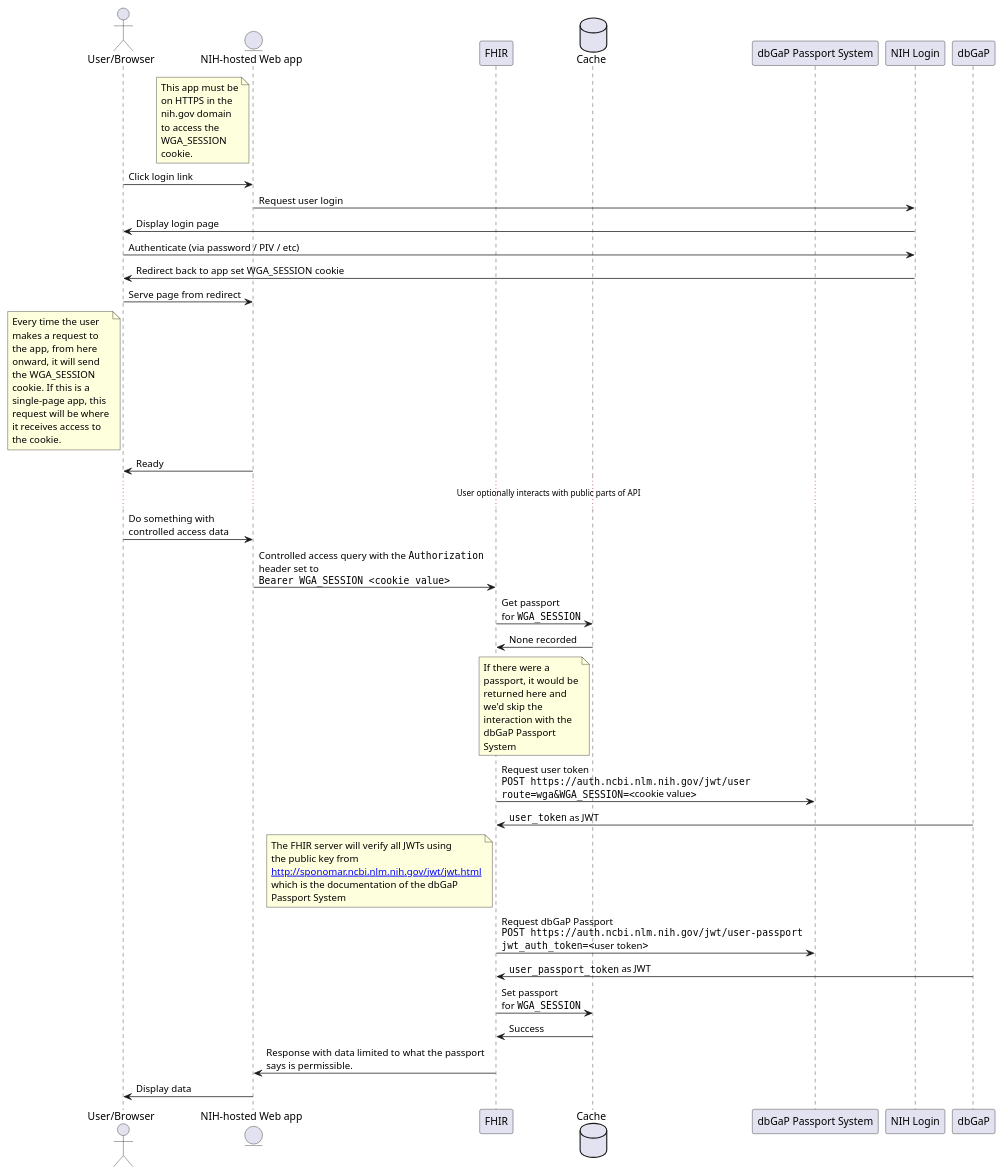
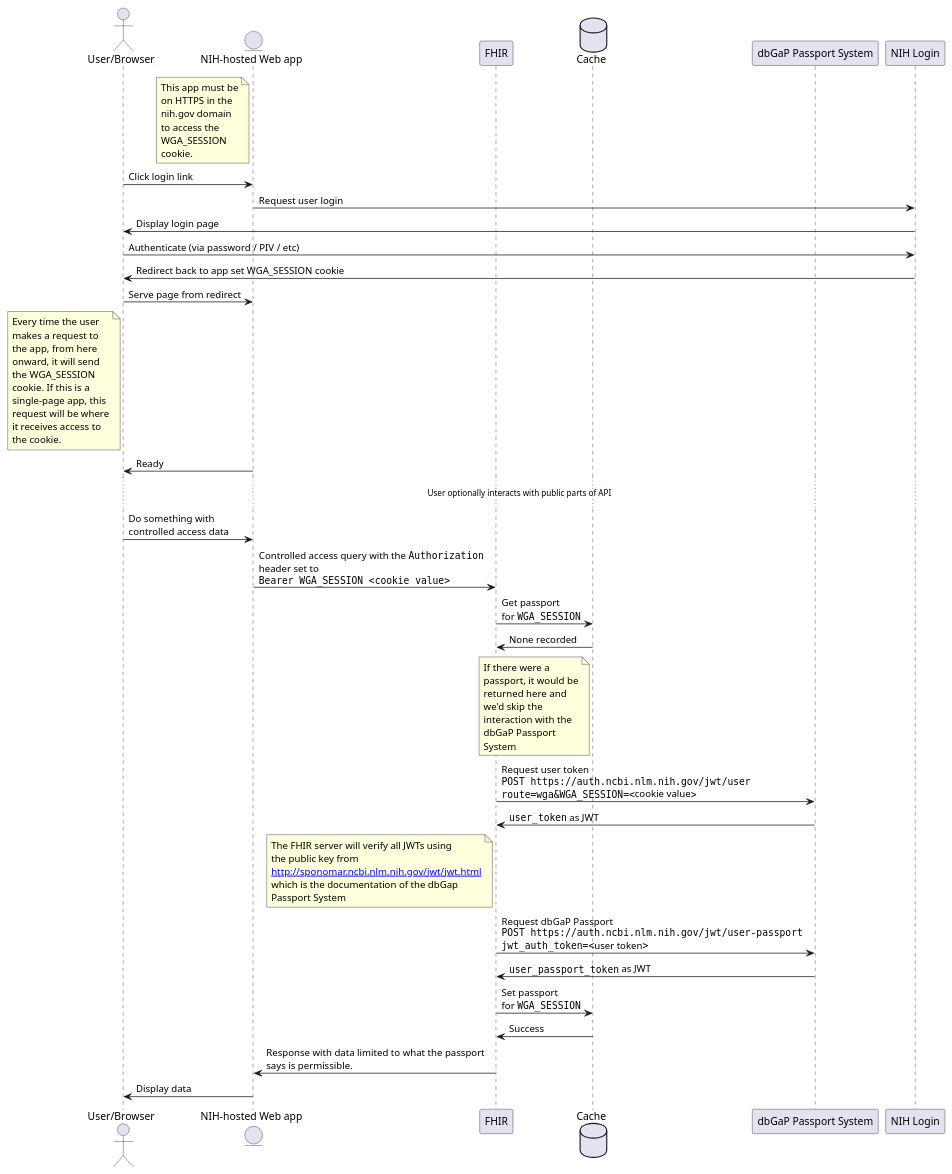
Before and after one commit to RadixSeven/RAS-FHIR-Flow: the diagram in uml/wga_session_flow.plantuml, drawn with PlantUML.

Commit message:
Fix typo dbGaP -> dbGap

```diff
--- a/uml/wga_session_flow.plantuml
+++ b/uml/wga_session_flow.plantuml
@@ -1,74 +1,74 @@
 @startuml "wga_session_flow"
 ''''''''''''''''''
 'This is a proposed interim flow to use while we wait for full authorization solutions to come online
 '
 'It uses authentication to do authorization but is limited to users in the nih domain, so it should be OK as a
 'temporary measure.
 ''''''''''''''''''
 actor "User/Browser" as User
 entity "NIH-hosted Web app" as App
 participant "FHIR" as Fhir
 database "Cache" as Cache
 participant "dbGaP Passport System" as dbGap
 participant "NIH Login" as NihLogin
 
 note left of App
 This app must be
 on HTTPS in the
 nih.gov domain
 to access the
 WGA_SESSION
 cookie.
 end note
 
 User -> App : Click login link
 App -> NihLogin : Request user login
 NihLogin -> User: Display login page
 User -> NihLogin: Authenticate (via password / PIV / etc)
 NihLogin -> User: Redirect back to app set WGA_SESSION cookie
 User -> App: Serve page from redirect
 note left of User
 Every time the user
 makes a request to
 the app, from here
 onward, it will send
 the WGA_SESSION
 cookie. If this is a
 single-page app, this
 request will be where
 it receives access to
 the cookie.
 end note
 App -> User : Ready
 
 ... User optionally interacts with public parts of API ...
 
 User -> App: Do something with\ncontrolled access data
 App -> Fhir: Controlled access query with the ""Authorization""\nheader set to\n""Bearer WGA_SESSION <cookie value>""
 Fhir -> Cache: Get passport\nfor ""WGA_SESSION""
 Cache -> Fhir: None recorded
 note left of Cache
 If there were a
 passport, it would be
 returned here and
 we'd skip the
 interaction with the
 dbGaP Passport
 System
 end note
 Fhir -> dbGap: Request user token\n""POST https://auth.ncbi.nlm.nih.gov/jwt/user""\n""route=wga&WGA_SESSION=<""cookie value"">""
-dbGaP -> Fhir: ""user_token"" as JWT
+dbGap -> Fhir: ""user_token"" as JWT
 note left of Fhir
 The FHIR server will verify all JWTs using
 the public key from
 [[http://sponomar.ncbi.nlm.nih.gov/jwt/jwt.html]]
-which is the documentation of the dbGaP
+which is the documentation of the dbGap
 Passport System
 end note
 Fhir -> dbGap: Request dbGaP Passport\n""POST https://auth.ncbi.nlm.nih.gov/jwt/user-passport""\n""jwt_auth_token=<""user token"">""
-dbGaP -> Fhir: ""user_passport_token"" as JWT
+dbGap -> Fhir: ""user_passport_token"" as JWT
 Fhir -> Cache: Set passport\nfor ""WGA_SESSION""
 Cache -> Fhir: Success
 Fhir -> App: Response with data limited to what the passport\nsays is permissible.
 App -> User: Display data
 @enduml
```
